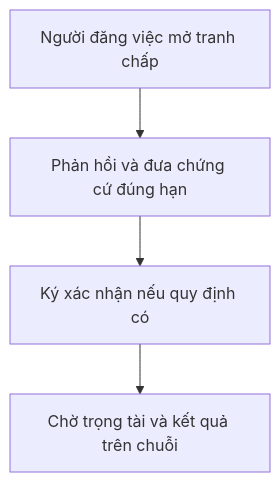
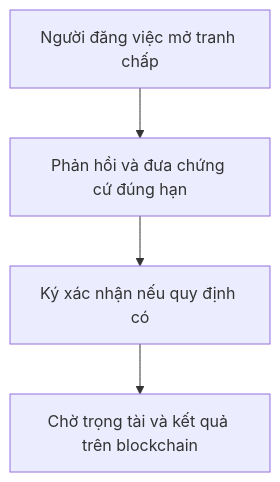
The fourth of 4 diagrams in freelancer.md (dmt041104111003/docs-nckh), drawn with Mermaid before and after one commit. The commit also changed other lines of this file and 9 other files, not shown here.

````diff
--- a/freelancer.md
+++ b/freelancer.md
@@ -63,6 +81,6 @@
 ```mermaid
 flowchart TB
   A[Người đăng việc mở tranh chấp] --> B[Phản hồi và đưa chứng cứ đúng hạn]
   B --> C[Ký xác nhận nếu quy định có]
-  C --> D[Chờ trọng tài và kết quả trên chuỗi]
+  C --> D[Chờ trọng tài và kết quả trên blockchain]
 ```
````
